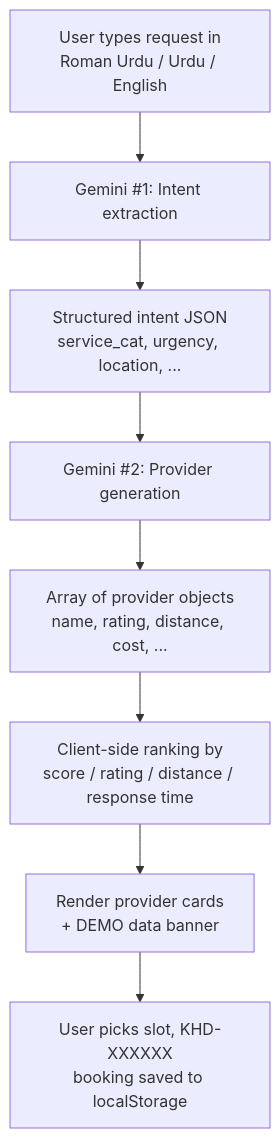
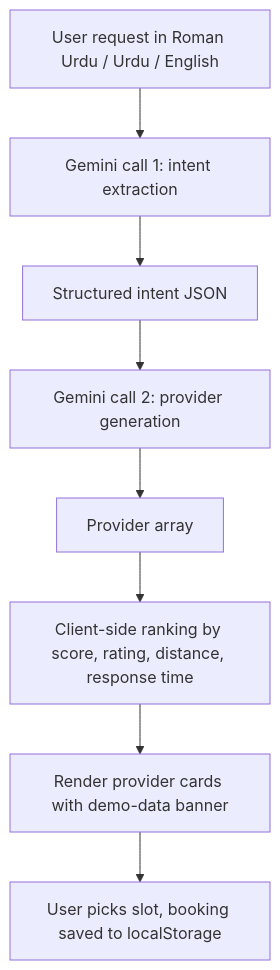
One commit to fuwxt/Khidmat changed the diagram in README.md. Above: the diagram before and after it, drawn with Mermaid. The commit also changed other lines of this file, not shown here.

````diff
--- a/README.md
+++ b/README.md
@@ -188,10 +101,10 @@
 ```mermaid
 flowchart TD
-    A[User types request in<br/>Roman Urdu / Urdu / English] --> B[Gemini #1: Intent extraction]
-    B --> C[Structured intent JSON<br/>service_cat, urgency, location, ...]
-    C --> D[Gemini #2: Provider generation]
-    D --> E[Array of provider objects<br/>name, rating, distance, cost, ...]
-    E --> F[Client-side ranking by<br/>score / rating / distance / response time]
-    F --> G[Render provider cards<br/>+ DEMO data banner]
-    G --> H[User picks slot, KHD-XXXXXX<br/>booking saved to localStorage]
+    A[User request in Roman Urdu / Urdu / English] --> B[Gemini call 1: intent extraction]
+    B --> C[Structured intent JSON]
+    C --> D[Gemini call 2: provider generation]
+    D --> E[Provider array]
+    E --> F[Client-side ranking by score, rating, distance, response time]
+    F --> G[Render provider cards with demo-data banner]
+    G --> H[User picks slot, booking saved to localStorage]
 ```
````
